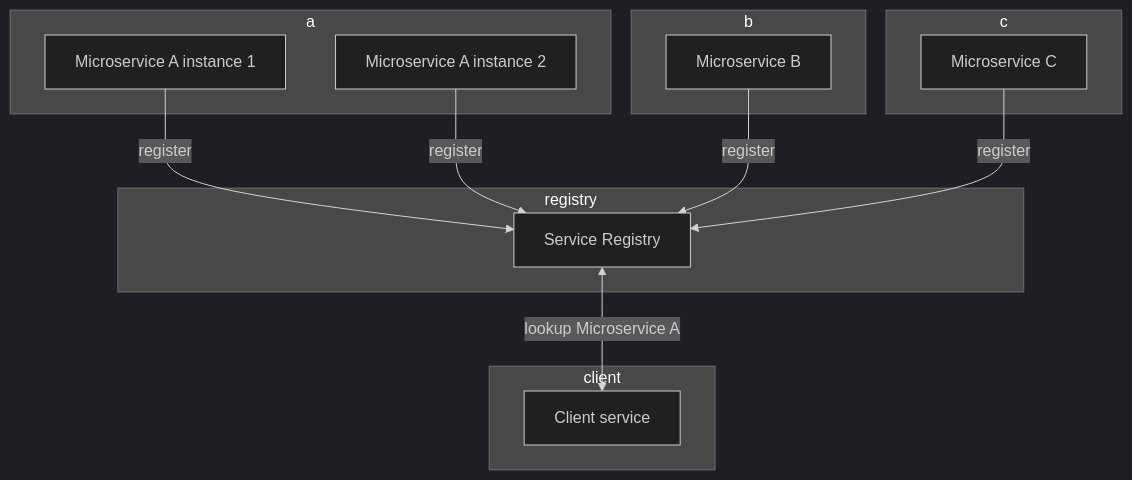
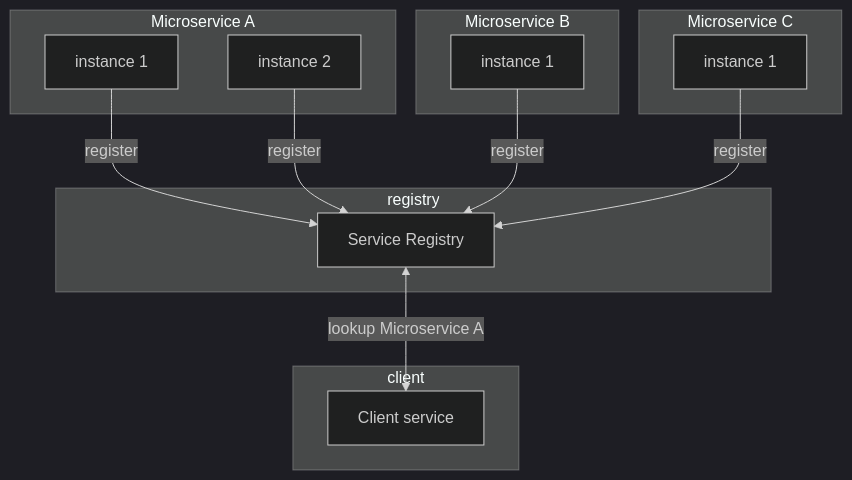
One commit to sonamsamdupkhangsar/sonamsamdupkhangsar.github.io changed the diagram in service-discovery/README.md. Above: the diagram before and after it, drawn with Mermaid (dark theme).

Commit message:
add service discovery

````diff
--- a/service-discovery/README.md
+++ b/service-discovery/README.md
@@ -8,25 +8,25 @@
 ```mermaid
 flowchart TD   
-    subgraph a
-    A1[Microservice A instance 1]
-    A2[Microservice A instance 2]
+    subgraph "Microservice A"
+    A1[instance 1]
+    A2[instance 2]
     end
-    subgraph b
-    B[Microservice B]
+    subgraph "Microservice B"
+    B[instance 1]
     end
-    subgraph c
-    C[Microservice C]
+    subgraph "Microservice C"
+    C[instance 1]
     end
     subgraph registry
     Eureka[Service Registry]
     end
     subgraph client
     D[Client service] 
     end
 
     A1 --> |register| Eureka
     A2 --> |register| Eureka
     B --> |register| Eureka
     C --> |register| Eureka
     Eureka <-->|lookup Microservice A| D
 ``` 
````
